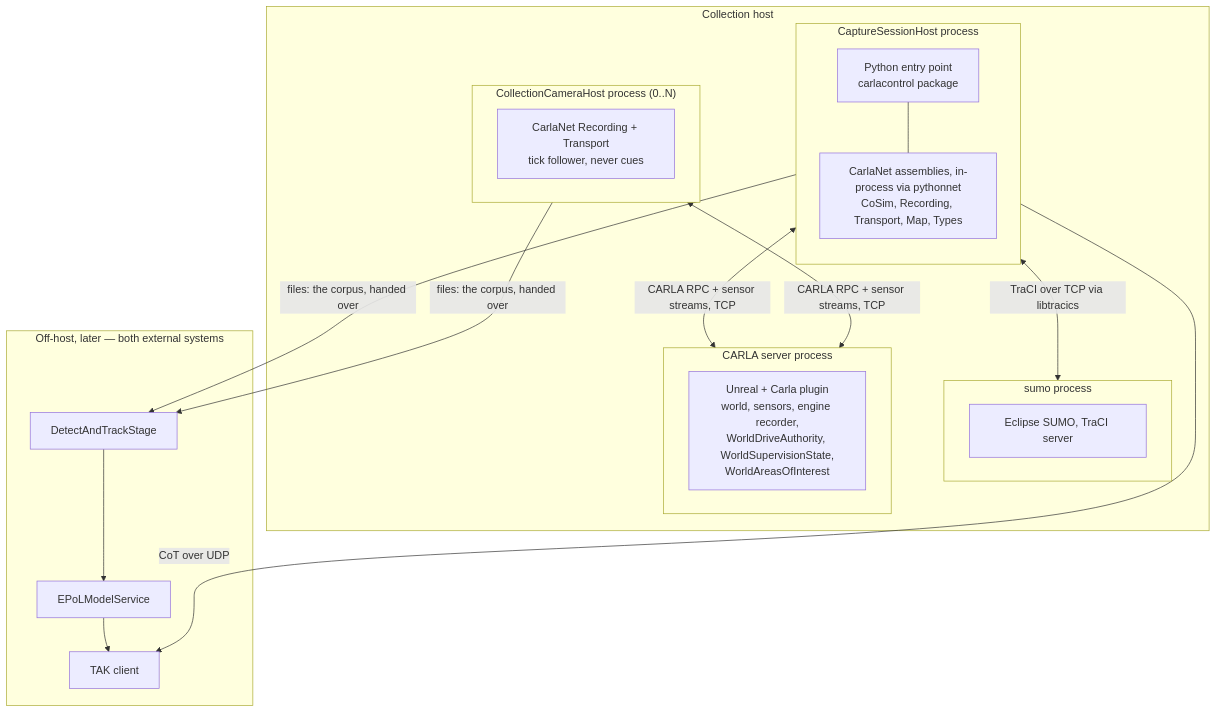
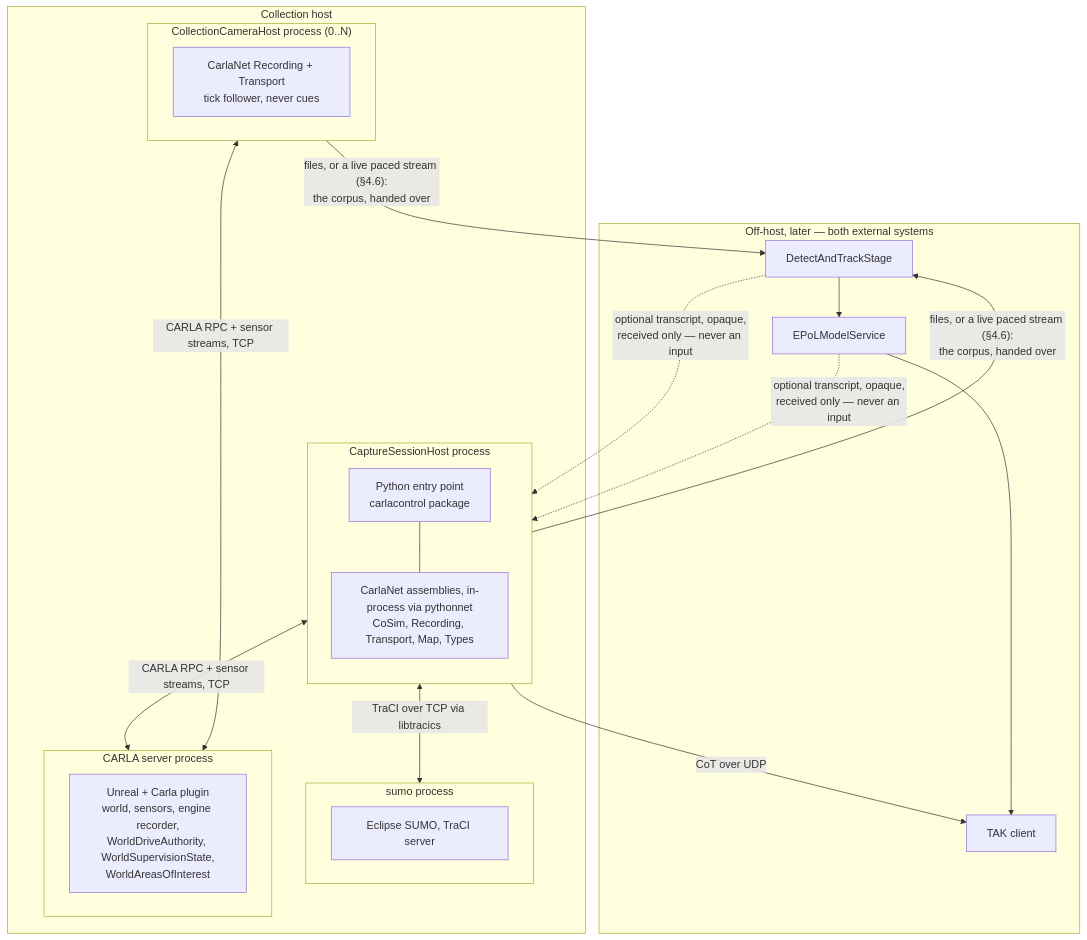
Before and after one commit to sbrett9/carla: the fourth of 8 diagrams in Docs/CAT_Research/Plans/SUMO_Behavioral_Capture/01_Architecture.md, drawn with Mermaid. The commit also changed other lines of this file and 5 other files, not shown here.

````diff
--- a/Docs/CAT_Research/Plans/SUMO_Behavioral_Capture/01_Architecture.md
+++ b/Docs/CAT_Research/Plans/SUMO_Behavioral_Capture/01_Architecture.md
@@ -393,34 +458,36 @@
 ```mermaid
 flowchart TB
     subgraph host["Collection host"]
         subgraph p1["CaptureSessionHost process"]
             direction TB
             PY["Python entry point<br/>carlacontrol package"]
             NET["CarlaNet assemblies, in-process via pythonnet<br/>CoSim, Recording, Transport, Map, Types"]
             PY --- NET
         end
         subgraph p2["CollectionCameraHost process (0..N)"]
             NET2["CarlaNet Recording + Transport<br/>tick follower, never cues"]
         end
         subgraph p3["sumo process"]
             SUM["Eclipse SUMO, TraCI server"]
         end
         subgraph p4["CARLA server process"]
             UE["Unreal + Carla plugin<br/>world, sensors, engine recorder,<br/>WorldDriveAuthority, WorldSupervisionState,<br/>WorldAreasOfInterest"]
         end
     end
     subgraph off["Off-host, later — both external systems"]
         DAT["DetectAndTrackStage"]
         EPOL["EPoLModelService"]
         TAK["TAK client"]
     end
 
     p1 <-->|"CARLA RPC + sensor streams, TCP"| p4
     p2 <-->|"CARLA RPC + sensor streams, TCP"| p4
     p1 <-->|"TraCI over TCP via libtracics"| p3
-    p1 -->|"files: the corpus, handed over"| DAT
-    p2 -->|"files: the corpus, handed over"| DAT
+    p1 -->|"files, or a live paced stream (§4.6):<br/>the corpus, handed over"| DAT
+    p2 -->|"files, or a live paced stream (§4.6):<br/>the corpus, handed over"| DAT
     p1 -->|"CoT over UDP"| TAK
     DAT --> EPOL
     EPOL --> TAK
+    DAT -.->|"optional transcript, opaque,<br/>received only — never an input"| p1
+    EPOL -.->|"optional transcript, opaque,<br/>received only — never an input"| p1
 ```
````
